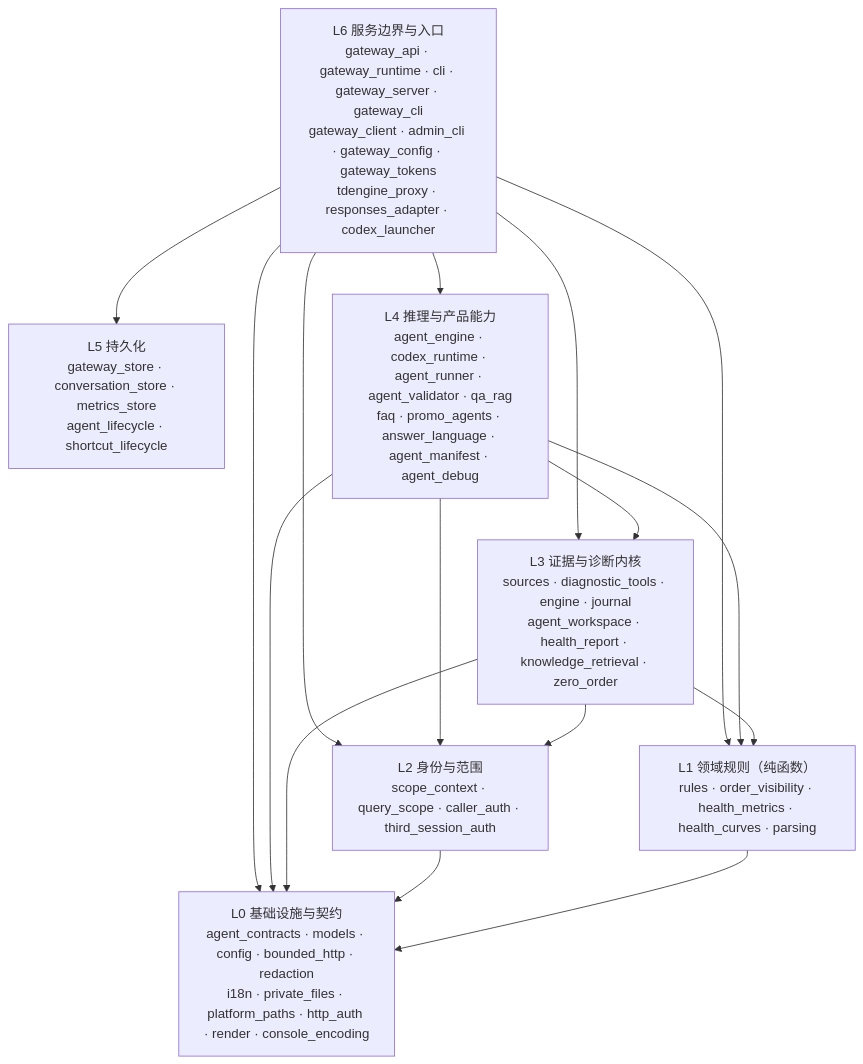
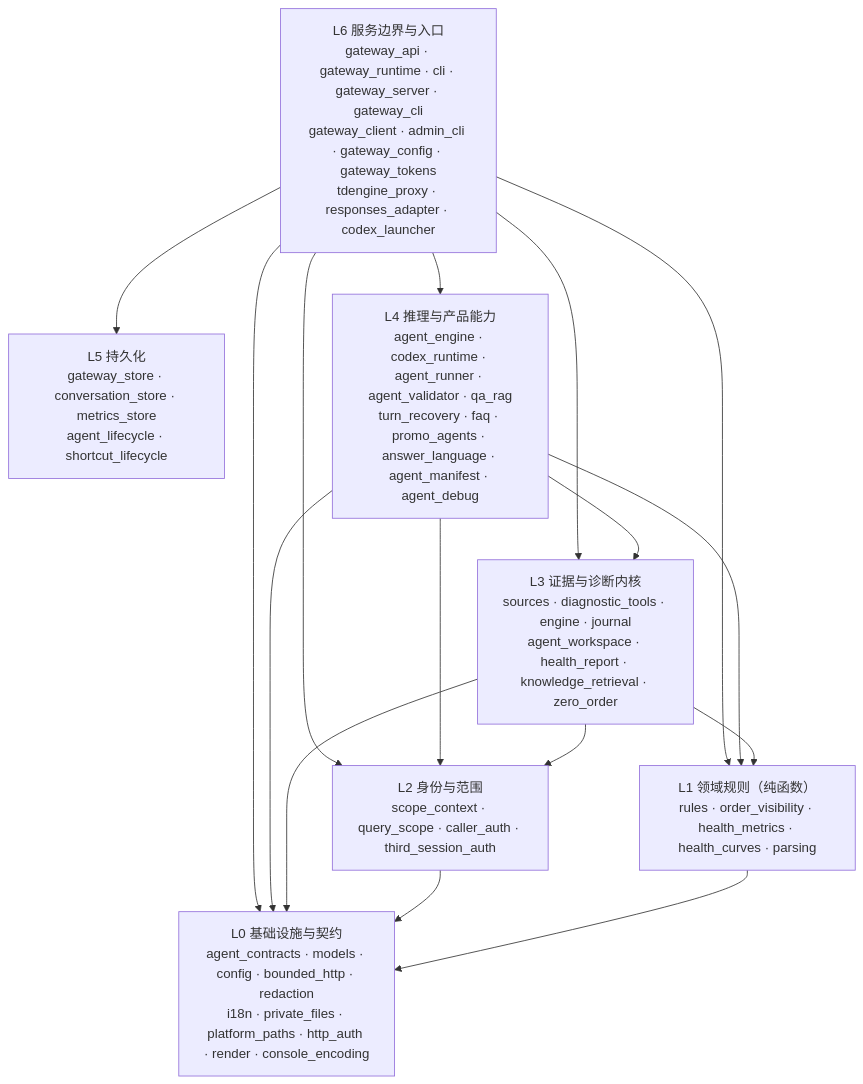
The diagram in README.md (kilbertert/AI-Ops), drawn with Mermaid before and after one commit. The commit also changed other lines of this file and 10 other files, not shown here.

````diff
--- a/README.md
+++ b/README.md
@@ -174,26 +174,26 @@
 ```mermaid
 flowchart TB
     L6["L6 服务边界与入口<br/>gateway_api · gateway_runtime · cli · gateway_server · gateway_cli<br/>gateway_client · admin_cli · gateway_config · gateway_tokens<br/>tdengine_proxy · responses_adapter · codex_launcher"]
     L5["L5 持久化<br/>gateway_store · conversation_store · metrics_store<br/>agent_lifecycle · shortcut_lifecycle"]
-    L4["L4 推理与产品能力<br/>agent_engine · codex_runtime · agent_runner · agent_validator · qa_rag<br/>faq · promo_agents · answer_language · agent_manifest · agent_debug"]
+    L4["L4 推理与产品能力<br/>agent_engine · codex_runtime · agent_runner · agent_validator · qa_rag<br/>turn_recovery · faq · promo_agents · answer_language · agent_manifest · agent_debug"]
     L3["L3 证据与诊断内核<br/>sources · diagnostic_tools · engine · journal<br/>agent_workspace · health_report · knowledge_retrieval · zero_order"]
     L2["L2 身份与范围<br/>scope_context · query_scope · caller_auth · third_session_auth"]
     L1["L1 领域规则（纯函数）<br/>rules · order_visibility · health_metrics · health_curves · parsing"]
     L0["L0 基础设施与契约<br/>agent_contracts · models · config · bounded_http · redaction<br/>i18n · private_files · platform_paths · http_auth · render · console_encoding"]
 
     L6 --> L5
     L6 --> L4
     L6 --> L3
     L6 --> L2
     L6 --> L1
     L6 --> L0
     L4 --> L3
     L4 --> L2
     L4 --> L1
     L4 --> L0
     L3 --> L2
     L3 --> L1
     L3 --> L0
     L2 --> L0
     L1 --> L0
 ```
````
